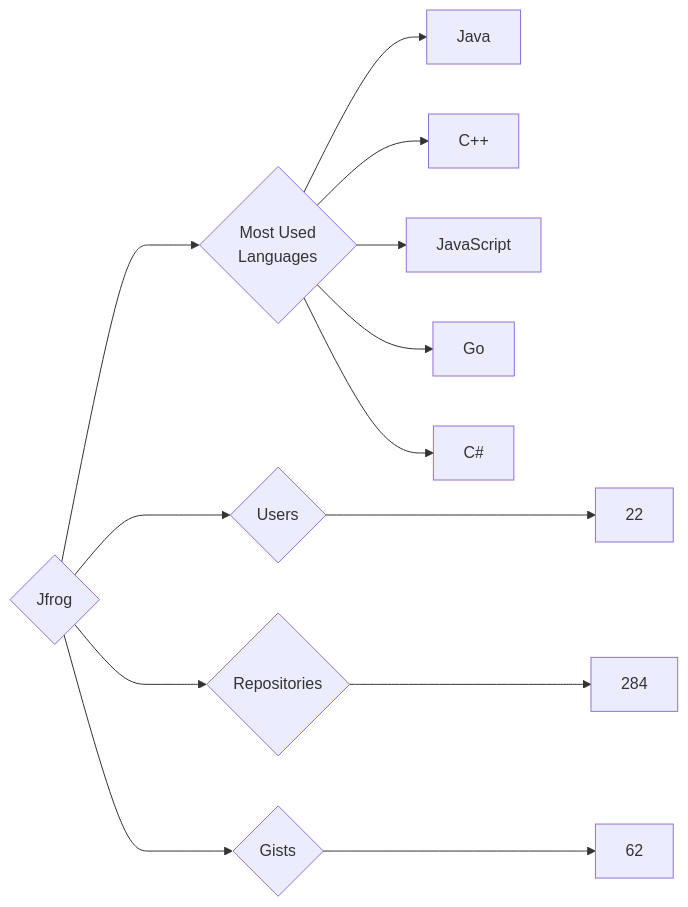
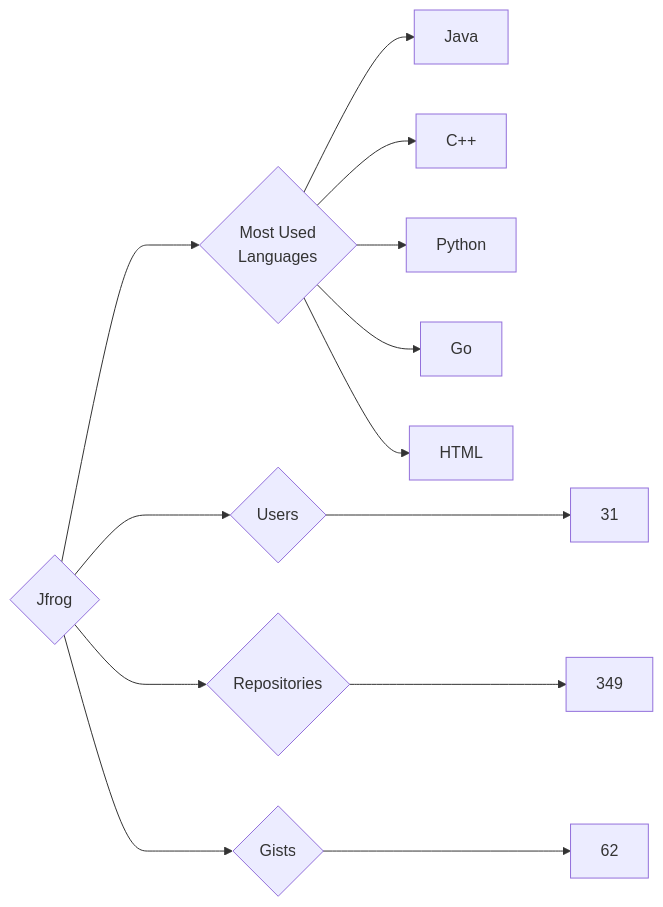
Before and after one commit to trickest/insiders: the diagram in targets/Jfrog/README.md, drawn with Mermaid. The commit also changed 757 other files, not shown here.

````diff
--- a/targets/Jfrog/README.md
+++ b/targets/Jfrog/README.md
@@ -3,13 +3,13 @@
 ```mermaid
 graph LR
 COMPANY_NAME{Jfrog}
-COMPANY_NAME ---> U{Users} ---> UN[22]
-COMPANY_NAME ---> R{Repositories} ---> RN[284]
+COMPANY_NAME ---> U{Users} ---> UN[31]
+COMPANY_NAME ---> R{Repositories} ---> RN[349]
 COMPANY_NAME ---> G{Gists} ---> GN[62]
 COMPANY_NAME ---> ML{Most Used<br>Languages}
 ML --> Java[Java]
 ML --> C++[C++]
-ML --> JavaScript[JavaScript]
+ML --> Python[Python]
 ML --> Go[Go]
-ML --> C#[C#]
+ML --> HTML[HTML]
 ```
````
